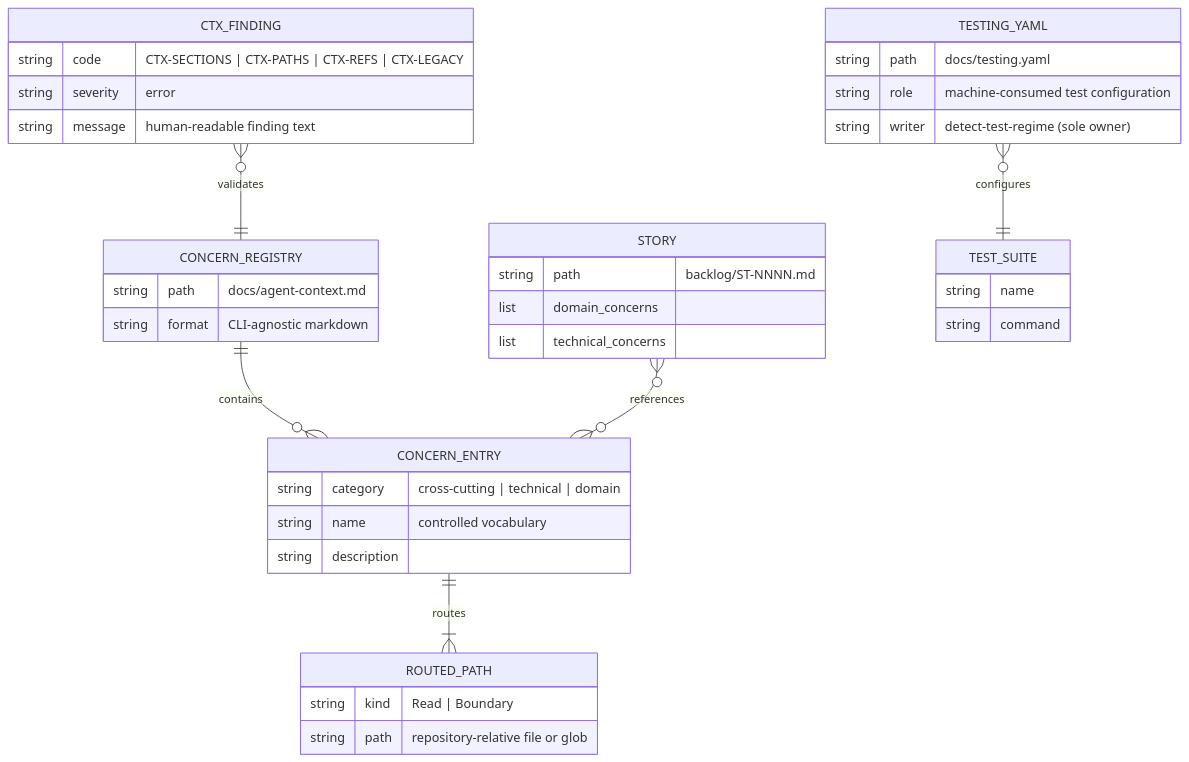
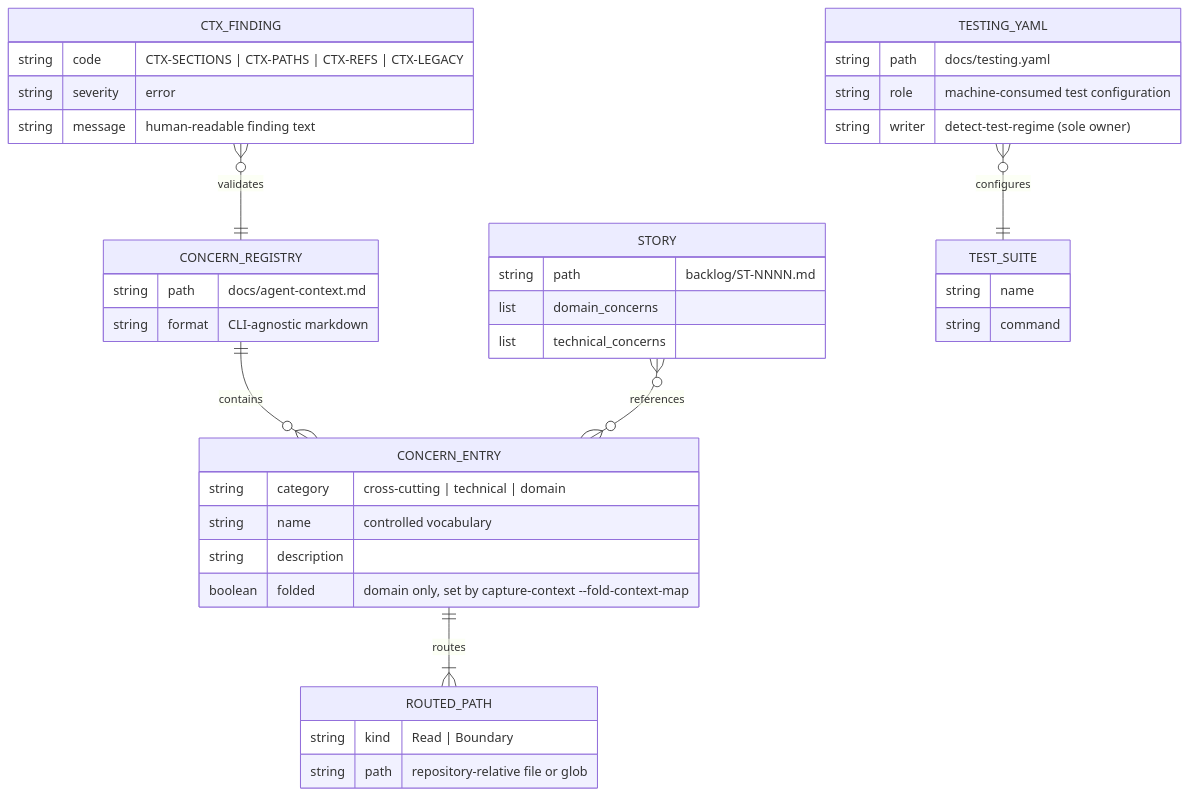
One commit to matthiasdaues/agent_factory changed the third of 8 diagrams in docs/spec/supplementary_specs/entity-model.md. Above: the diagram before and after it, drawn with Mermaid. The commit also changed other lines of this file and 7 other files, not shown here.

````diff
--- a/docs/spec/supplementary_specs/entity-model.md
+++ b/docs/spec/supplementary_specs/entity-model.md
@@ -204,41 +205,42 @@
 ```mermaid
 erDiagram
     CONCERN_REGISTRY ||--o{ CONCERN_ENTRY : contains
     CONCERN_ENTRY ||--|{ ROUTED_PATH : routes
     STORY }o--o{ CONCERN_ENTRY : references
     CTX_FINDING }o--|| CONCERN_REGISTRY : validates
     TESTING_YAML }o--|| TEST_SUITE : configures
 
     CONCERN_REGISTRY {
         string path "docs/agent-context.md"
         string format "CLI-agnostic markdown"
     }
     CONCERN_ENTRY {
         string category "cross-cutting | technical | domain"
         string name "controlled vocabulary"
         string description
+        boolean folded "domain only, set by capture-context --fold-context-map"
     }
     ROUTED_PATH {
         string kind "Read | Boundary"
         string path "repository-relative file or glob"
     }
     STORY {
         string path "backlog/ST-NNNN.md"
         list domain_concerns
         list technical_concerns
     }
     TESTING_YAML {
         string path "docs/testing.yaml"
         string role "machine-consumed test configuration"
         string writer "detect-test-regime (sole owner)"
     }
     TEST_SUITE {
         string name
         string command
     }
     CTX_FINDING {
         string code "CTX-SECTIONS | CTX-PATHS | CTX-REFS | CTX-LEGACY"
         string severity "error"
         string message "human-readable finding text"
     }
 ```
````
